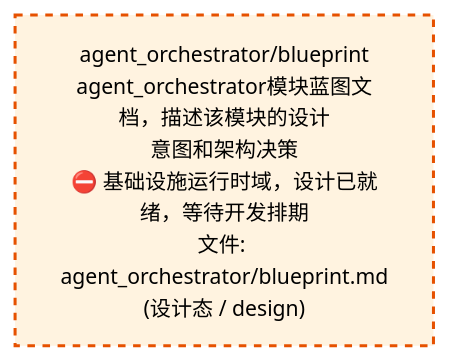
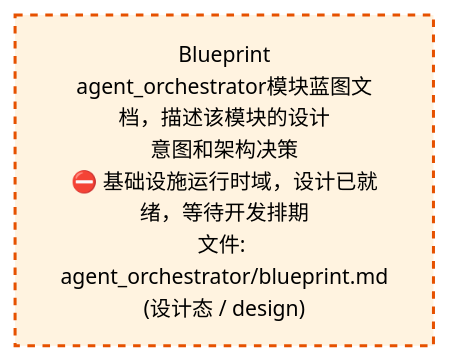
One commit to xuanFelixVan/ZephyrAlpha changed the third of 4 diagrams in docs/02_enterprise_architecture/02_domain_architecture_docs/06_d_infra_runtime.md. Above: the diagram before and after it, drawn with Mermaid. The commit also changed other lines of this file and 58 other files, not shown here.

````diff
--- a/docs/02_enterprise_architecture/02_domain_architecture_docs/06_d_infra_runtime.md
+++ b/docs/02_enterprise_architecture/02_domain_architecture_docs/06_d_infra_runtime.md
@@ -1113,10 +1114,10 @@
 ```mermaid
 %%{init: {'theme': 'base', 'themeVariables': {'primaryColor': '#eaeaea', 'primaryTextColor': '#333333', 'primaryBorderColor': '#666666', 'lineColor': '#666666', 'secondaryColor': '#eaeaea', 'tertiaryColor': '#eaeaea', 'fontSize': '14px'}}}%%
 flowchart TD
-    docs_03_modules_cross_layer_agent_orchestrator_blueprint_md["agent_orchestrator/blueprint<br/>agent_orchestrator模块蓝图文档，描述该模块的设计<br/>意图和架构决策<br/>⛔ 基础设施运行时域，设计已就绪，等待开发排期<br/>文件: agent_orchestrator/blueprint.md<br/>(设计态 / design)"]
+    docs_03_modules_cross_layer_agent_orchestrator_blueprint_md["Blueprint<br/>agent_orchestrator模块蓝图文档，描述该模块的设计<br/>意图和架构决策<br/>⛔ 基础设施运行时域，设计已就绪，等待开发排期<br/>文件: agent_orchestrator/blueprint.md<br/>(设计态 / design)"]
     classDef production fill:#e1f5fe,stroke:#01579b,stroke-width:2px,color:#000
     classDef design fill:#fff3e0,stroke:#e65100,stroke-width:2px,color:#000,stroke-dasharray: 5 5
     classDef external_prod fill:#e8f4fd,stroke:#0277bd,stroke-width:1px,color:#000
     classDef external_design fill:#fff8e7,stroke:#ef6c00,stroke-width:1px,color:#000,stroke-dasharray: 5 5
     class docs_03_modules_cross_layer_agent_orchestrator_blueprint_md design
 ```
````
